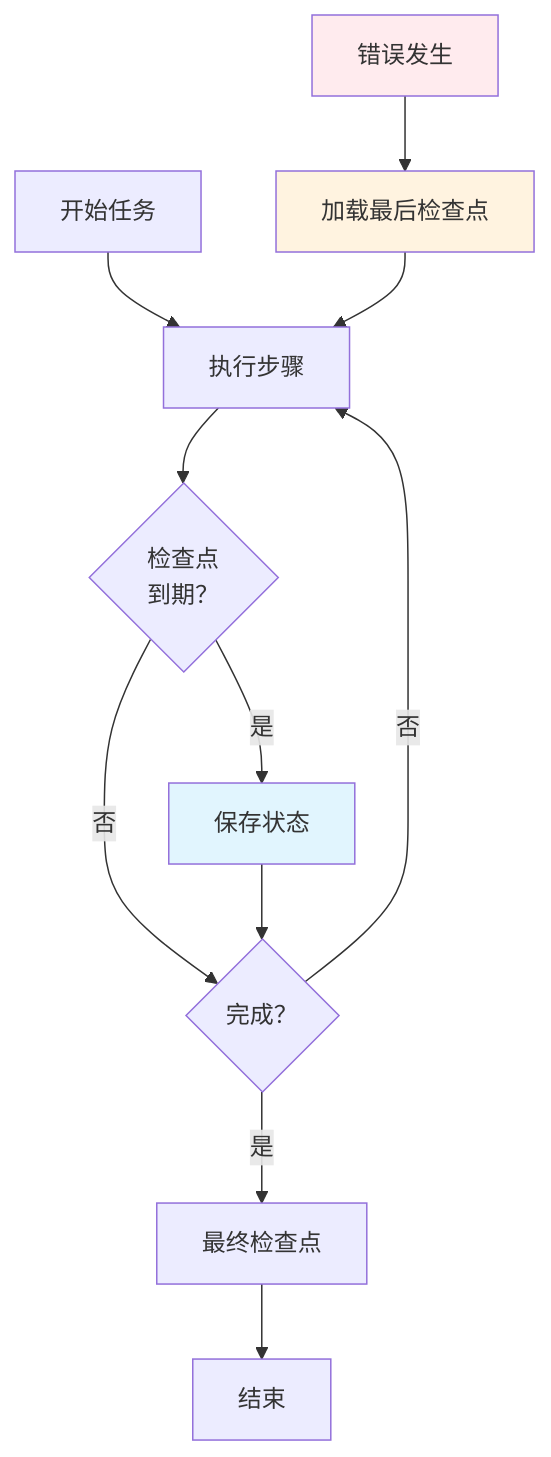
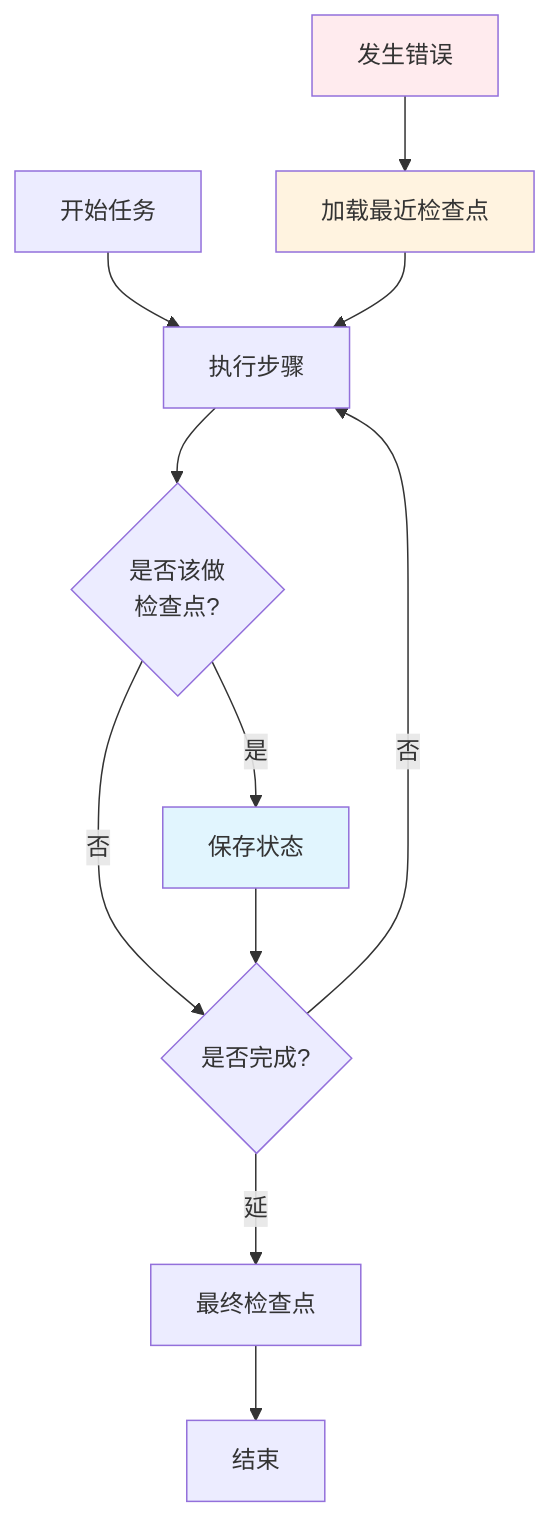
One commit to YiWang24/AiDIY changed the diagram in i18n/zh-Hans/docusaurus-plugin-content-docs/current/ai/harness-engineering/patterns.mdx. Above: the diagram before and after it, drawn with Mermaid. The commit also changed other lines of this file and 59 other files, not shown here.

````diff
--- a/i18n/zh-Hans/docusaurus-plugin-content-docs/current/ai/harness-engineering/patterns.mdx
+++ b/i18n/zh-Hans/docusaurus-plugin-content-docs/current/ai/harness-engineering/patterns.mdx
@@ -22,21 +22,21 @@
 ```mermaid
 flowchart TB
     Start[开始任务] --> Execute[执行步骤]
-    Execute --> Checkpoint{检查点<br/>到期？}
+    Execute --> Checkpoint{是否该做<br/>检查点?}
 
     Checkpoint -->|是| Save[保存状态]
-    Checkpoint -->|否| Complete{完成？}
+    Checkpoint -->|否| Complete{是否完成?}
 
     Save --> Complete
 
     Complete -->|否| Execute
-    Complete -->|是| FinalCheckpoint[最终检查点]
+    Complete -->|延| FinalCheckpoint[最终检查点]
     FinalCheckpoint --> End[结束]
 
-    Error[错误发生] --> Load[加载最后检查点]
+    Error[发生错误] --> Load[加载最近检查点]
     Load --> Execute
 
     style Save fill:#e1f5fe
     style Load fill:#fff3e0
     style Error fill:#ffebee
 ```
````
